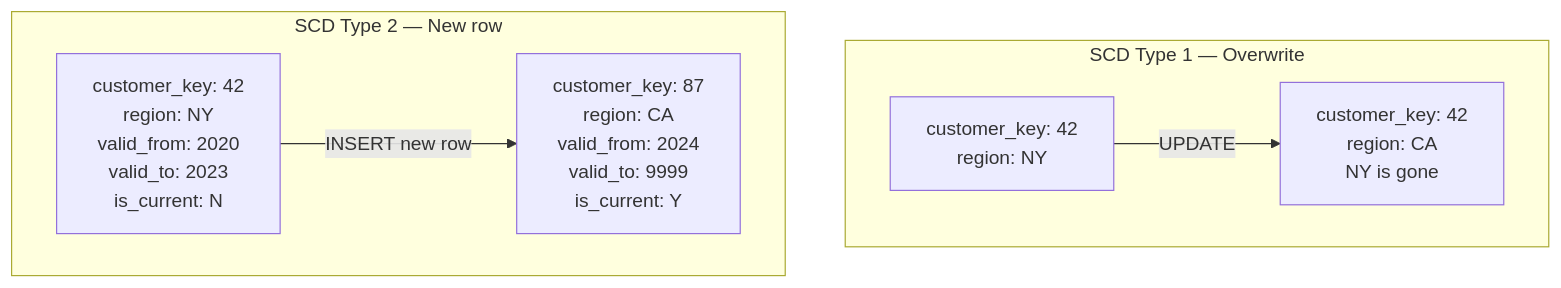
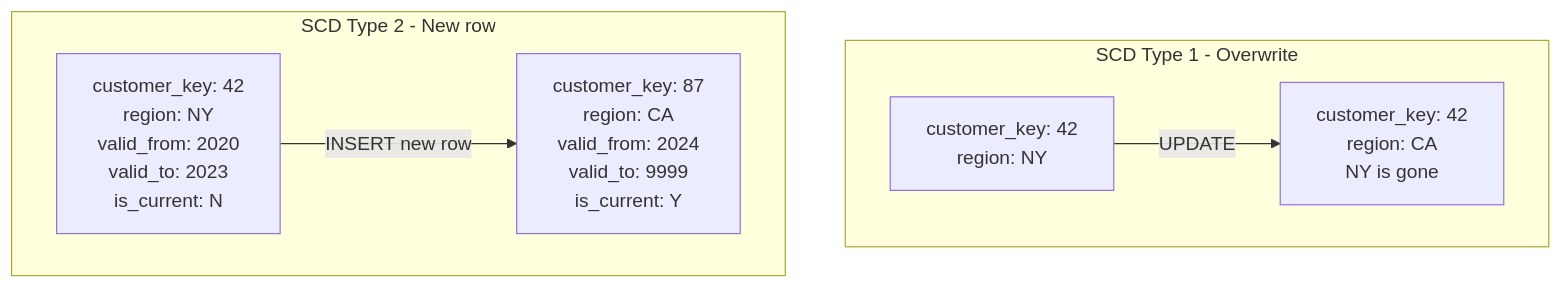
Diagram 17 of 23 in data-architecture/data-warehouse.md (adnanrahin/adnanrahin.github.io), drawn with Mermaid before and after one commit. The commit also changed other lines of this file and 14 other files, not shown here.

Commit message:
updated the flowchart

````diff
--- a/data-architecture/data-warehouse.md
+++ b/data-architecture/data-warehouse.md
@@ -773,14 +773,14 @@
 ```mermaid
 flowchart TD
-    subgraph SCD1["SCD Type 1 — Overwrite"]
+    subgraph SCD1["SCD Type 1 - Overwrite"]
         B1["customer_key: 42<br/>region: NY"]
         A1["customer_key: 42<br/>region: CA<br/>NY is gone"]
         B1 -->|"UPDATE"| A1
     end
 
-    subgraph SCD2["SCD Type 2 — New row"]
+    subgraph SCD2["SCD Type 2 - New row"]
         B2["customer_key: 42<br/>region: NY<br/>valid_from: 2020<br/>valid_to: 2023<br/>is_current: N"]
         A2["customer_key: 87<br/>region: CA<br/>valid_from: 2024<br/>valid_to: 9999<br/>is_current: Y"]
         B2 -->|"INSERT new row"| A2
     end
 ```
````
